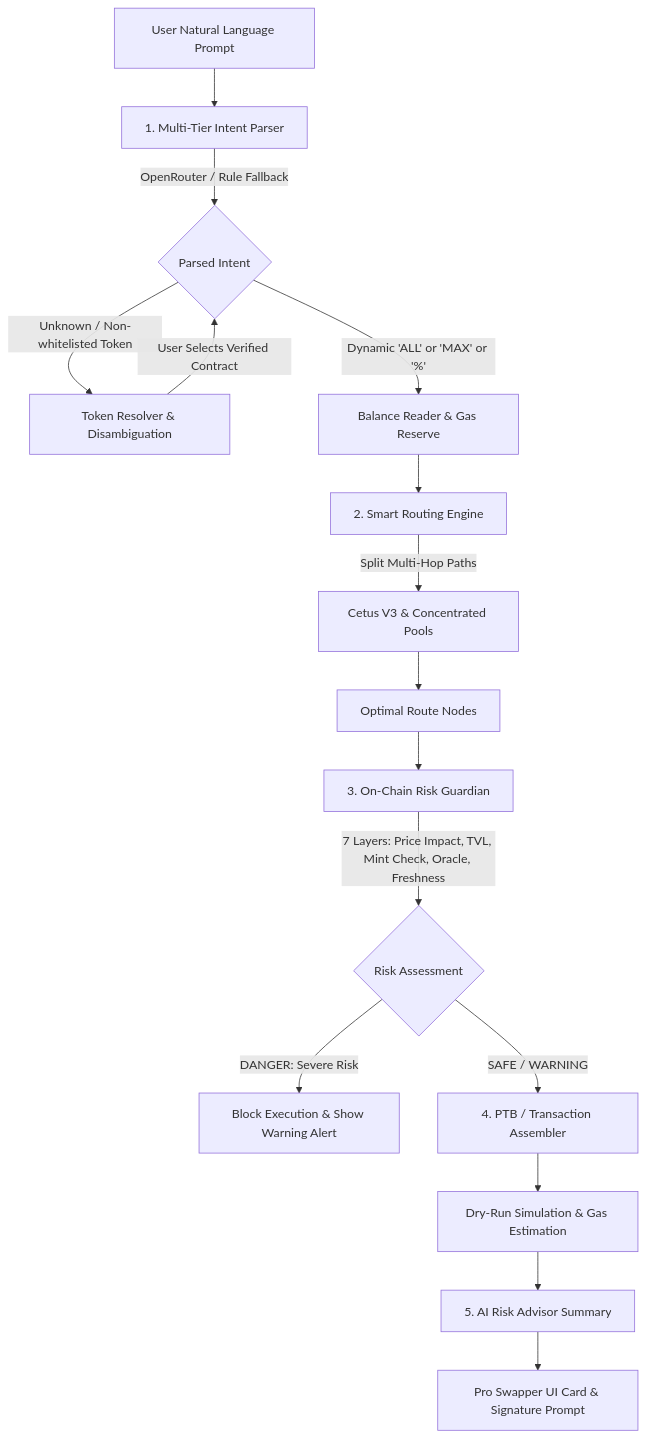
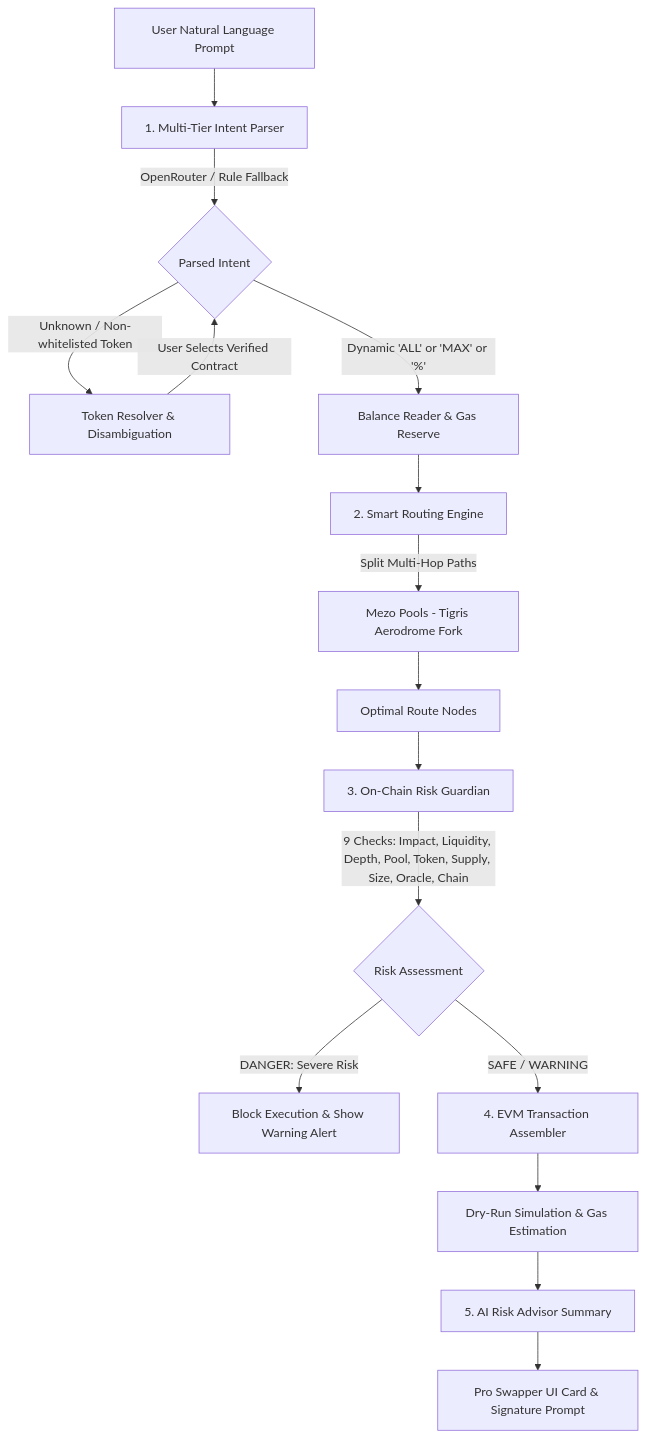
The diagram in README.md (quangduy24/Soka), drawn with Mermaid before and after one commit. The commit also changed other lines of this file and 80 other files, not shown here.

````diff
--- a/README.md
+++ b/README.md
@@ -31,24 +31,24 @@
 ```mermaid
 flowchart TD
     A[User Natural Language Prompt] --> B[1. Multi-Tier Intent Parser]
     B -->|OpenRouter / Rule Fallback| C{Parsed Intent}
     
     C -->|Unknown / Non-whitelisted Token| D[Token Resolver & Disambiguation]
     D -->|User Selects Verified Contract| C
     
     C -->|Dynamic 'ALL' or 'MAX' or '%'| E[Balance Reader & Gas Reserve]
     E --> F[2. Smart Routing Engine]
     
-    F -->|Split Multi-Hop Paths| G[Cetus V3 & Concentrated Pools]
+    F -->|Split Multi-Hop Paths| G[Mezo Pools - Tigris Aerodrome Fork]
     G --> H[Optimal Route Nodes]
     
     H --> I[3. On-Chain Risk Guardian]
-    I -->|7 Layers: Price Impact, TVL, Mint Check, Oracle, Freshness| J{Risk Assessment}
+    I -->|9 Checks: Impact, Liquidity, Depth, Pool, Token, Supply, Size, Oracle, Chain| J{Risk Assessment}
     
     J -->|DANGER: Severe Risk| K[Block Execution & Show Warning Alert]
-    J -->|SAFE / WARNING| L[4. PTB / Transaction Assembler]
+    J -->|SAFE / WARNING| L[4. EVM Transaction Assembler]
     
     L --> M[Dry-Run Simulation & Gas Estimation]
     M --> N[5. AI Risk Advisor Summary]
     N --> O[Pro Swapper UI Card & Signature Prompt]
 ```
````
